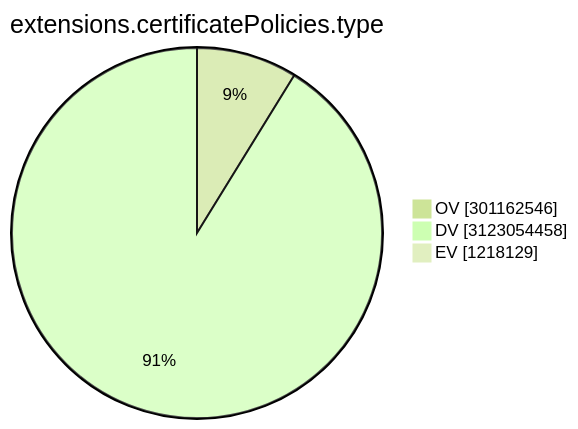
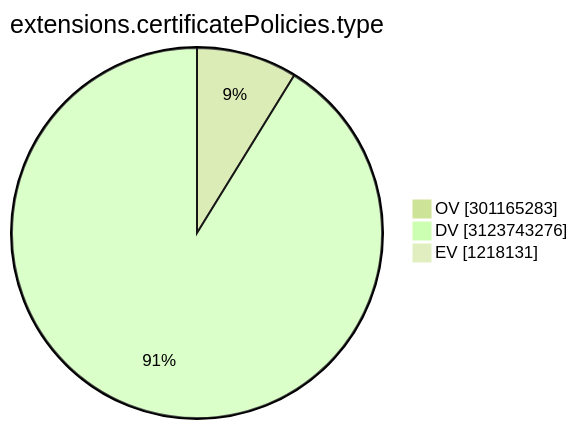
Before and after one commit to christiankrug/ctmonitor_visualization: the ninth of 15 diagrams in TOTAL/README.md, drawn with Mermaid (forest theme). The commit also changed other lines of this file, not shown here.

````diff
--- a/TOTAL/README.md
+++ b/TOTAL/README.md
@@ -3104,7 +3104,7 @@
 ```mermaid
 pie showData
 title extensions.certificatePolicies.type
-"OV" :301162546
-"DV" :3123054458
-"EV" :1218129
+"OV" :301165283
+"DV" :3123743276
+"EV" :1218131
 ```
````
